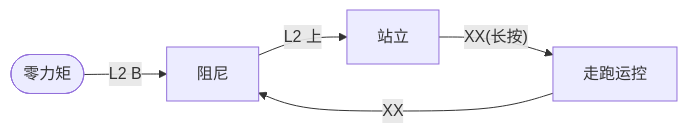
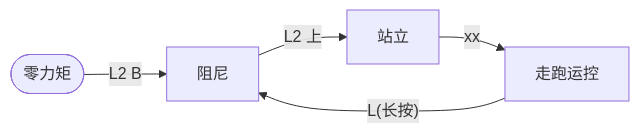
Before and after one commit to J-X-Chen/Note: the diagram in UnitreeG1/遥控器.md, drawn with Mermaid. The commit also changed other lines of this file, not shown here.

Commit message:
UnitreeG1/遥控器.md updated from https://stackedit.io/

````diff
--- a/UnitreeG1/遥控器.md
+++ b/UnitreeG1/遥控器.md
@@ -8,7 +8,7 @@
 ```mermaid
 graph LR
     A([零力矩]) -- L2 B --> B[阻尼]
     B -- L2 上 --> C[站立]
-    D[走跑运控] -- XX -->  B
-    C -- XX(长按) --> D
+    D[走跑运控] -- "L(长按)" -->  B
+    C -- xx --> D
 ```
````
